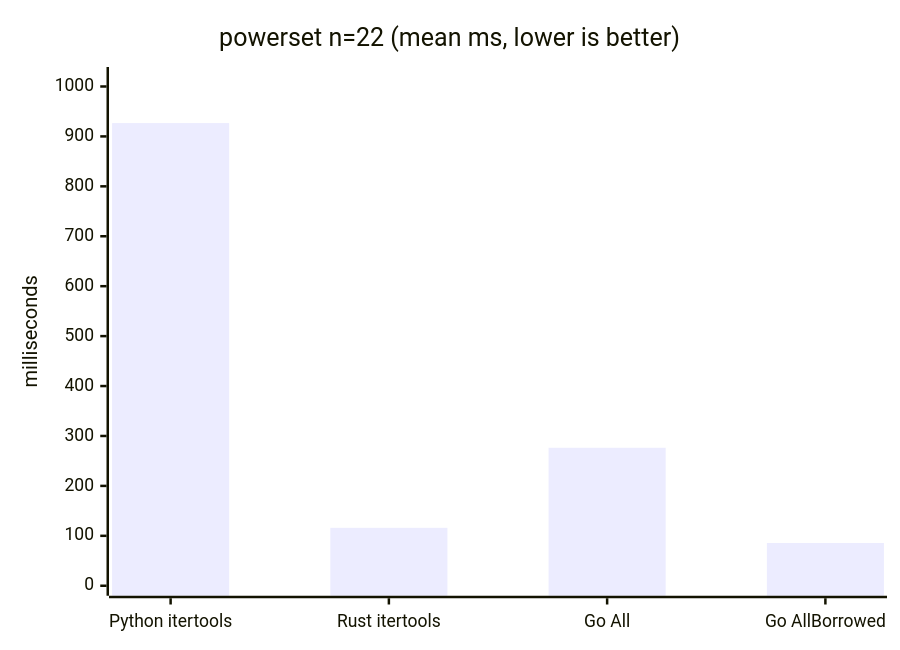
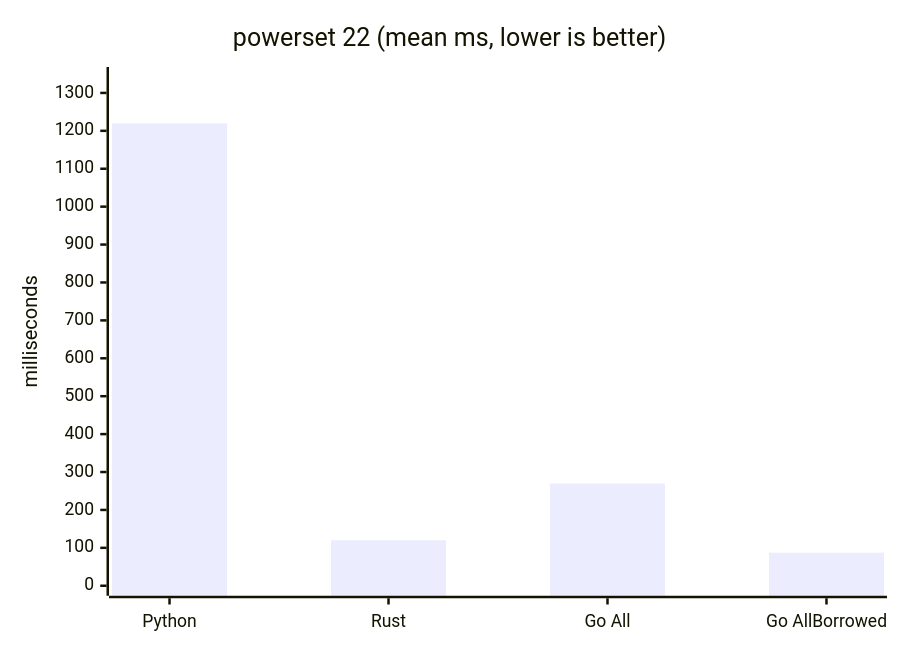
One commit to natemcintosh/gocombinatorics changed the fifth of 8 diagrams in bench/RESULTS.md. Above: the diagram before and after it, drawn with Mermaid. The commit also changed other lines of this file and 4 other files, not shown here.

````diff
--- a/bench/RESULTS.md
+++ b/bench/RESULTS.md
@@ -117,7 +125,7 @@
 ```mermaid
 xychart-beta
-    title "powerset n=22 (mean ms, lower is better)"
-    x-axis ["Python itertools", "Rust itertools", "Go All", "Go AllBorrowed"]
-    y-axis "milliseconds" 0 --> 1019
-    bar [926.7, 116.0, 276.4, 85.6]
+    title "powerset 22 (mean ms, lower is better)"
+    x-axis ["Python", "Rust", "Go All", "Go AllBorrowed"]
+    y-axis "milliseconds" 0 --> 1342
+    bar [1219.7, 120.1, 269.8, 87.4]
 ```
````
